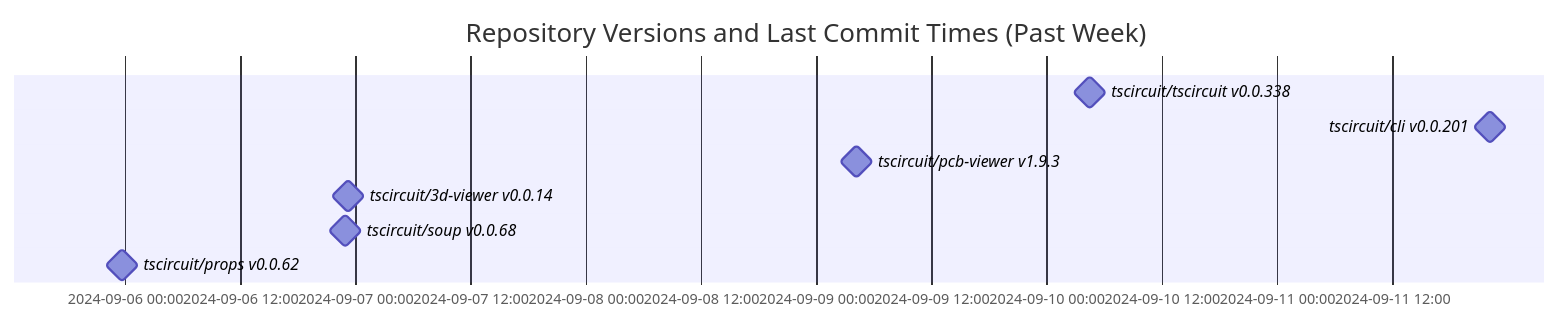
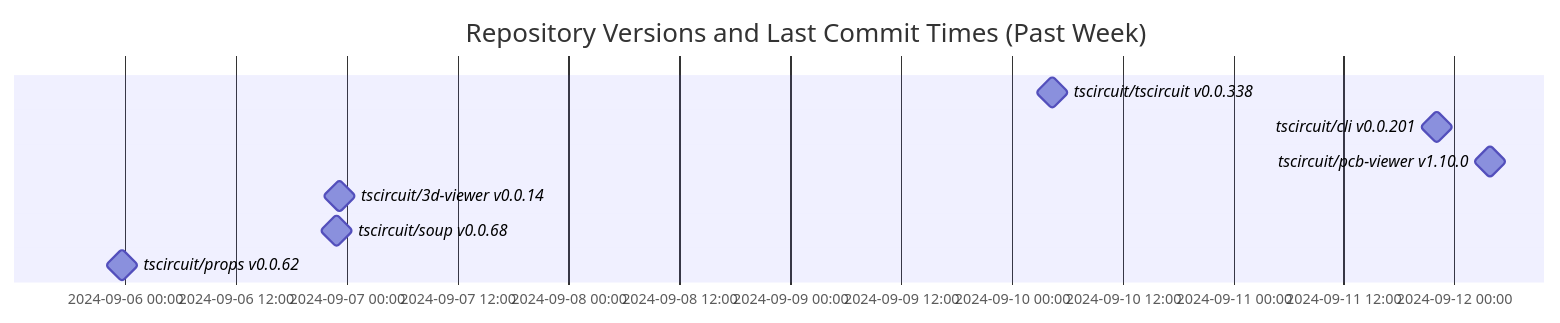
Before and after one commit to tscircuit/version-tracker: the diagram in README.md, drawn with Mermaid.

Commit message:
Update chart

````diff
--- a/README.md
+++ b/README.md
@@ -1,13 +1,13 @@
 ```mermaid
 gantt
   dateFormat  YYYY-MM-DD HH:mm:ss
   title Repository Versions and Last Commit Times (Past Week)
   axisFormat %Y-%m-%d %H:%M
 
   tscircuit/tscircuit v0.0.338 : milestone, 2024-09-10 04:23:10, 1s
   tscircuit/cli v0.0.201 : milestone, 2024-09-11 22:08:08, 1s
-  tscircuit/pcb-viewer v1.9.3 : milestone, 2024-09-09 04:08:34, 1s
+  tscircuit/pcb-viewer v1.10.0 : milestone, 2024-09-12 03:50:17, 1s
   tscircuit/3d-viewer v0.0.14 : milestone, 2024-09-06 23:07:26, 1s
   tscircuit/soup v0.0.68 : milestone, 2024-09-06 22:51:33, 1s
   tscircuit/props v0.0.62 : milestone, 2024-09-05 23:38:33, 1s
 ```
````
